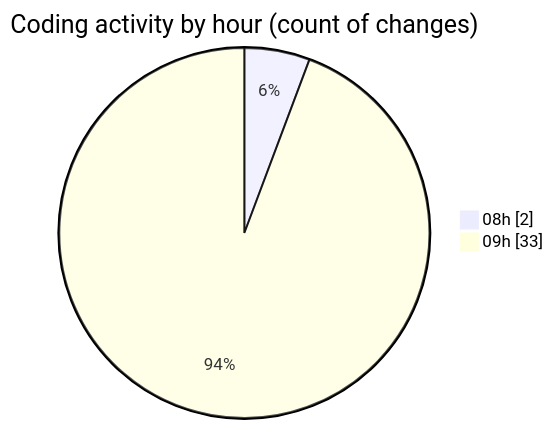
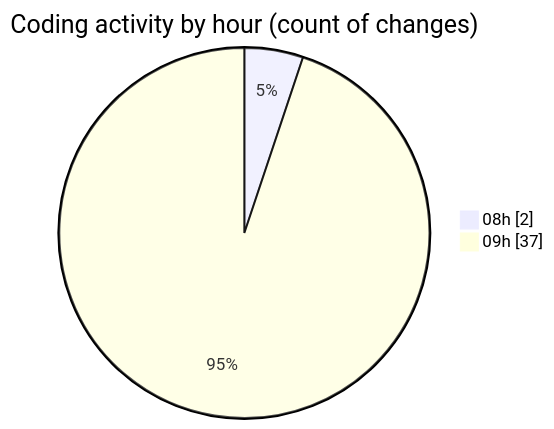
The second of 2 diagrams in 2026-06-10/cda/README.md (momahboobian/code-tracking), drawn with Mermaid before and after one commit. The commit also changed other lines of this file and 1 other file, not shown here.

````diff
--- a/2026-06-10/cda/README.md
+++ b/2026-06-10/cda/README.md
@@ -62,6 +64,6 @@
 ```mermaid
 pie showData
 title Coding activity by hour (count of changes)
 "08h" : 2
-"09h" : 33
+"09h" : 37
 ```
````
